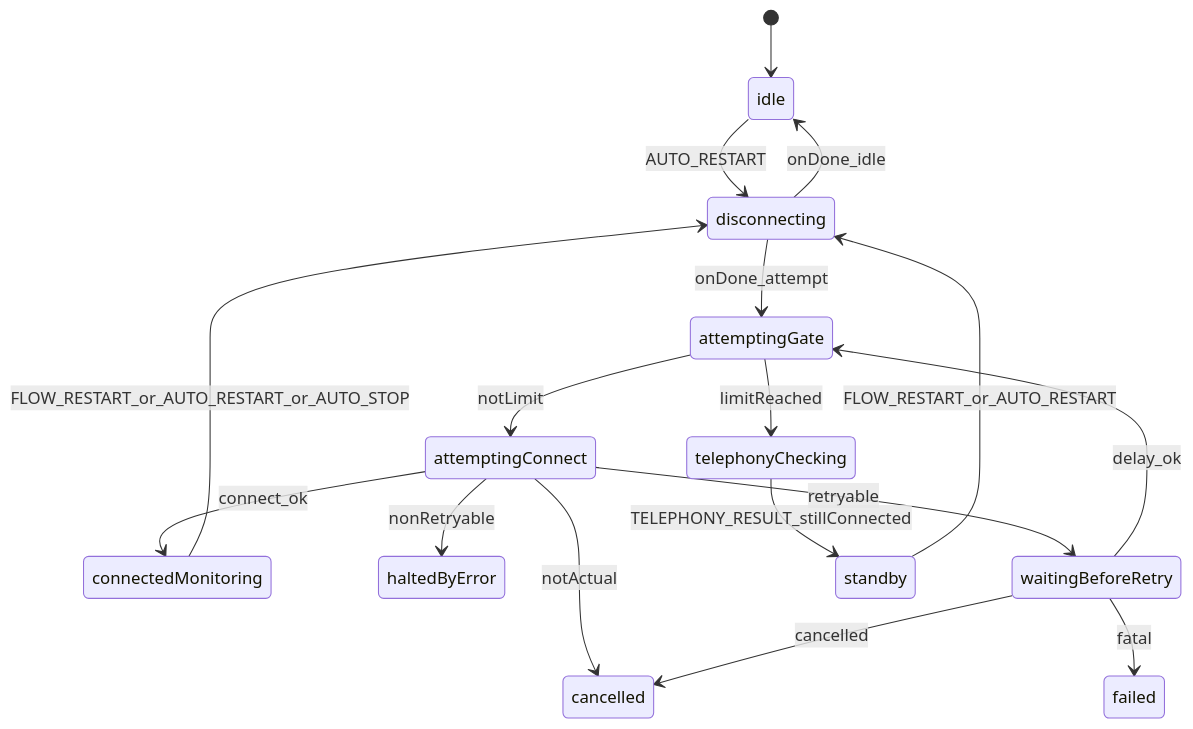
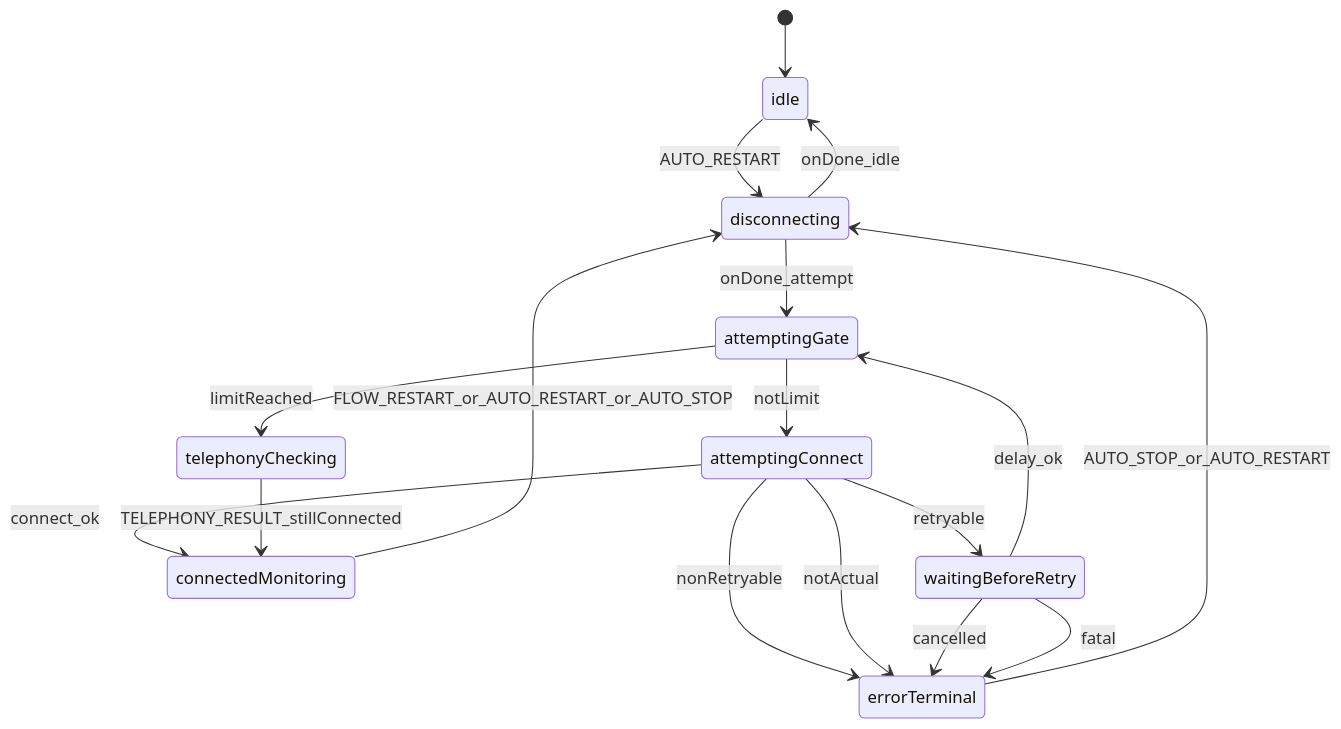
Before and after one commit to Krivega/sip-connector: the diagram in docs/architecture/components/AutoConnectorManager/state-machine.md, drawn with Mermaid. The commit also changed other lines of this file and 6 other files, not shown here.

Commit message:
refactor(auto-connector): consolidate terminal states into errorTerminal and update state transitions for improved error handling

````diff
--- a/docs/architecture/components/AutoConnectorManager/state-machine.md
+++ b/docs/architecture/components/AutoConnectorManager/state-machine.md
@@ -36,19 +33,19 @@
 ```mermaid
 stateDiagram-v2
   [*] --> idle
   idle --> disconnecting: AUTO_RESTART
   disconnecting --> attemptingGate: onDone_attempt
   disconnecting --> idle: onDone_idle
   attemptingGate --> telephonyChecking: limitReached
   attemptingGate --> attemptingConnect: notLimit
   attemptingConnect --> connectedMonitoring: connect_ok
-  attemptingConnect --> haltedByError: nonRetryable
-  attemptingConnect --> cancelled: notActual
+  attemptingConnect --> errorTerminal: nonRetryable
+  attemptingConnect --> errorTerminal: notActual
   attemptingConnect --> waitingBeforeRetry: retryable
   waitingBeforeRetry --> attemptingGate: delay_ok
-  waitingBeforeRetry --> cancelled: cancelled
-  waitingBeforeRetry --> failed: fatal
+  waitingBeforeRetry --> errorTerminal: cancelled
+  waitingBeforeRetry --> errorTerminal: fatal
   connectedMonitoring --> disconnecting: FLOW_RESTART_or_AUTO_RESTART_or_AUTO_STOP
-  telephonyChecking --> standby: TELEPHONY_RESULT_stillConnected
-  standby --> disconnecting: FLOW_RESTART_or_AUTO_RESTART
+  telephonyChecking --> connectedMonitoring: TELEPHONY_RESULT_stillConnected
+  errorTerminal --> disconnecting: AUTO_STOP_or_AUTO_RESTART
 ```
````
